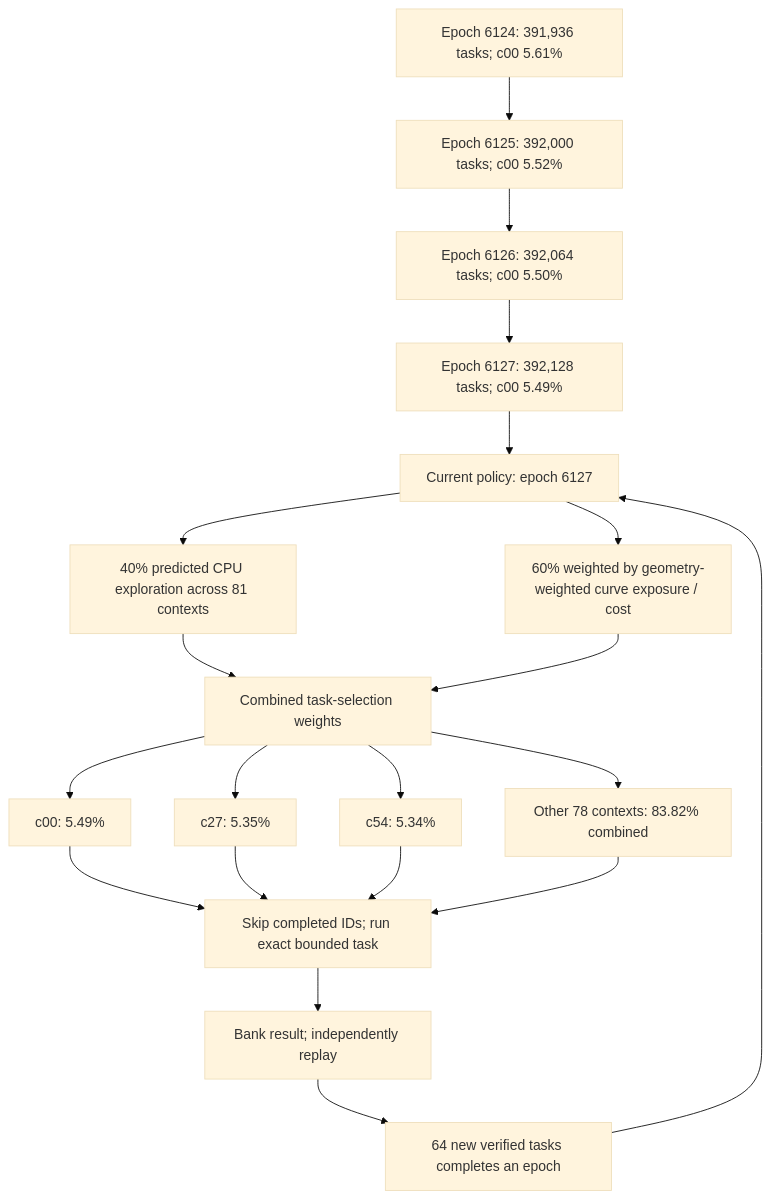
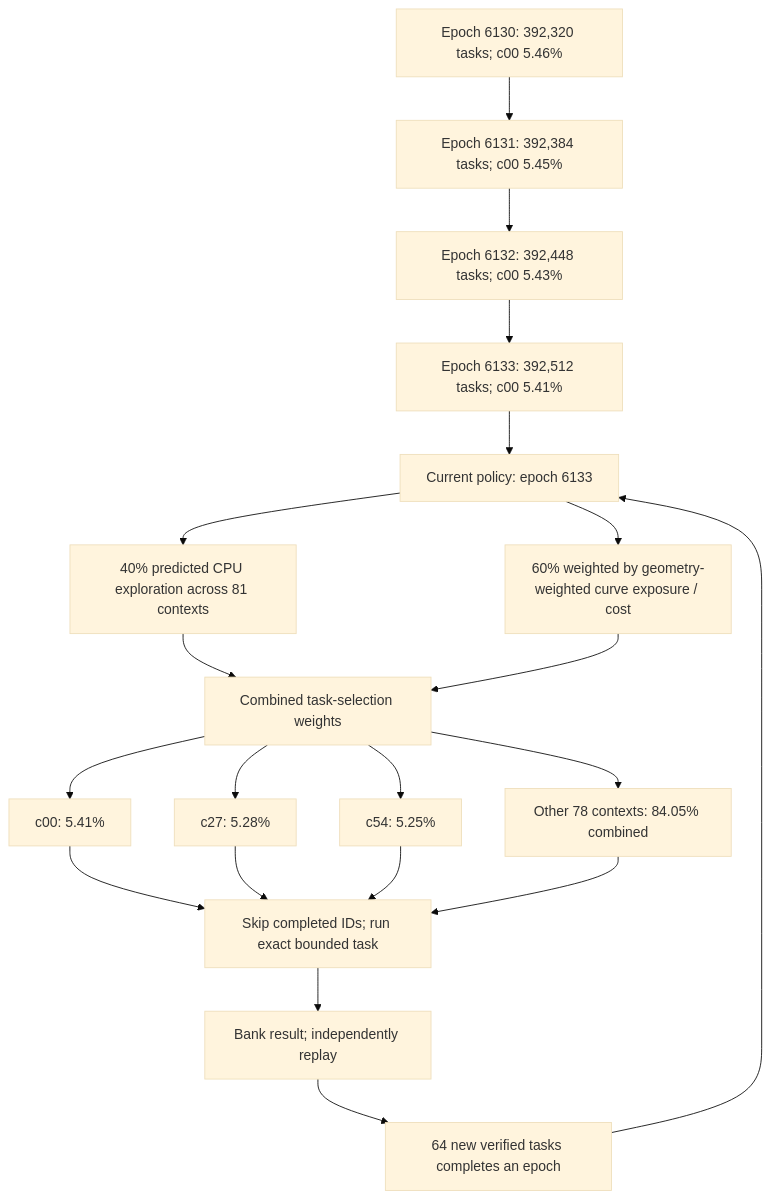
The first of 4 diagrams in README.md (Kuberwastaken/math-gambling), drawn with Mermaid (base theme) before and after one commit. The commit also changed other lines of this file and 946 other files, not shown here.

````diff
--- a/README.md
+++ b/README.md
@@ -60,27 +60,27 @@
 ```mermaid
 flowchart TD
-    H0["Epoch 6124: 391,936 tasks; c00 5.61%"]
-    H1["Epoch 6125: 392,000 tasks; c00 5.52%"]
+    H0["Epoch 6130: 392,320 tasks; c00 5.46%"]
+    H1["Epoch 6131: 392,384 tasks; c00 5.45%"]
     H0 --> H1
-    H2["Epoch 6126: 392,064 tasks; c00 5.50%"]
+    H2["Epoch 6132: 392,448 tasks; c00 5.43%"]
     H1 --> H2
-    H3["Epoch 6127: 392,128 tasks; c00 5.49%"]
+    H3["Epoch 6133: 392,512 tasks; c00 5.41%"]
     H2 --> H3
-    Policy["Current policy: epoch 6127"]
+    Policy["Current policy: epoch 6133"]
     H3 --> Policy
     Policy --> Explore["40% predicted CPU exploration across 81 contexts"]
     Policy --> Cost["60% weighted by geometry-weighted curve exposure / cost"]
     Explore --> Mix["Combined task-selection weights"]
     Cost --> Mix
-    Mix --> C0["c00: 5.49%"]
-    Mix --> C1["c27: 5.35%"]
-    Mix --> C2["c54: 5.34%"]
-    Mix --> Rest["Other 78 contexts: 83.82% combined"]
+    Mix --> C0["c00: 5.41%"]
+    Mix --> C1["c27: 5.28%"]
+    Mix --> C2["c54: 5.25%"]
+    Mix --> Rest["Other 78 contexts: 84.05% combined"]
     C0 --> Check["Skip completed IDs; run exact bounded task"]
     C1 --> Check
     C2 --> Check
     Rest --> Check
     Check --> Replay["Bank result; independently replay"]
     Replay --> Gate["64 new verified tasks completes an epoch"]
     Gate --> Policy
 ```
````
